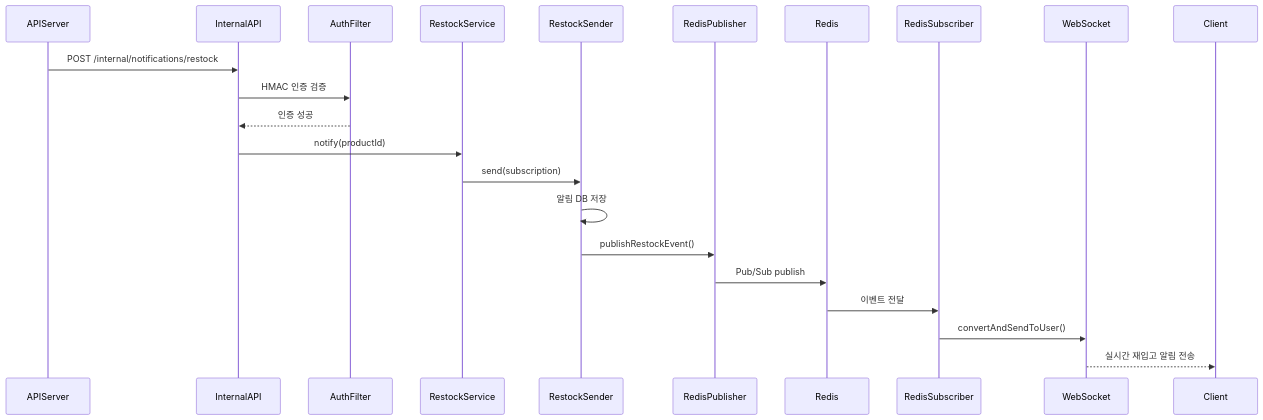
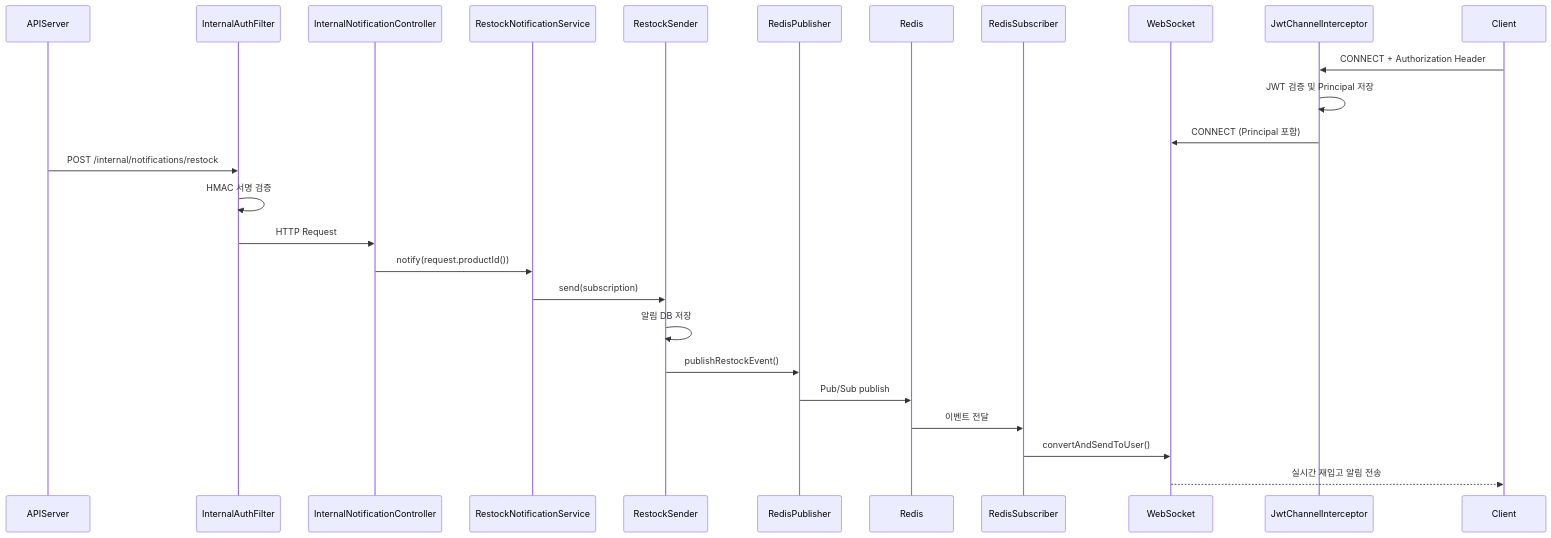
Before and after one commit to all-in-market/alarm-server: the first of 6 diagrams in README.md, drawn with Mermaid. The commit also changed other lines of this file, not shown here.

````diff
--- a/README.md
+++ b/README.md
@@ -34,35 +34,41 @@
 ```mermaid
 sequenceDiagram
 
-    participant APIServer
-    participant InternalAPI
-    participant AuthFilter
-    participant RestockService
-    participant RestockSender
-    participant RedisPublisher
-    participant Redis
-    participant RedisSubscriber
-    participant WebSocket
-    participant Client
-
-    APIServer->>InternalAPI: POST /internal/notifications/restock
-
-    InternalAPI->>AuthFilter: HMAC 인증 검증
-    AuthFilter-->>InternalAPI: 인증 성공
-
-    InternalAPI->>RestockService: notify(productId)
-
-    RestockService->>RestockSender: send(subscription)
-
-    RestockSender->>RestockSender: 알림 DB 저장
-
-    RestockSender->>RedisPublisher: publishRestockEvent()
-
-    RedisPublisher->>Redis: Pub/Sub publish
-
-    Redis->>RedisSubscriber: 이벤트 전달
-
-    RedisSubscriber->>WebSocket: convertAndSendToUser()
-
-    WebSocket-->>Client: 실시간 재입고 알림 전송
+    participant APIServer
+    participant InternalAuthFilter
+    participant InternalNotificationController
+    participant RestockNotificationService
+    participant RestockSender
+    participant RedisPublisher
+    participant Redis
+    participant RedisSubscriber
+    participant WebSocket
+    participant JwtChannelInterceptor
+    participant Client
+ 
+    Client->>JwtChannelInterceptor: CONNECT + Authorization Header
+    JwtChannelInterceptor->>JwtChannelInterceptor: JWT 검증 및 Principal 저장
+    JwtChannelInterceptor->>WebSocket: CONNECT (Principal 포함)
+ 
+    APIServer->>InternalAuthFilter: POST /internal/notifications/restock
+ 
+    InternalAuthFilter->>InternalAuthFilter: HMAC 서명 검증
+ 
+    InternalAuthFilter->>InternalNotificationController: HTTP Request
+ 
+    InternalNotificationController->>RestockNotificationService: notify(request.productId())
+ 
+    RestockNotificationService->>RestockSender: send(subscription)
+ 
+    RestockSender->>RestockSender: 알림 DB 저장
+ 
+    RestockSender->>RedisPublisher: publishRestockEvent()
+ 
+    RedisPublisher->>Redis: Pub/Sub publish
+ 
+    Redis->>RedisSubscriber: 이벤트 전달
+ 
+    RedisSubscriber->>WebSocket: convertAndSendToUser()
+ 
+    WebSocket-->>Client: 실시간 재입고 알림 전송
 ```
````
